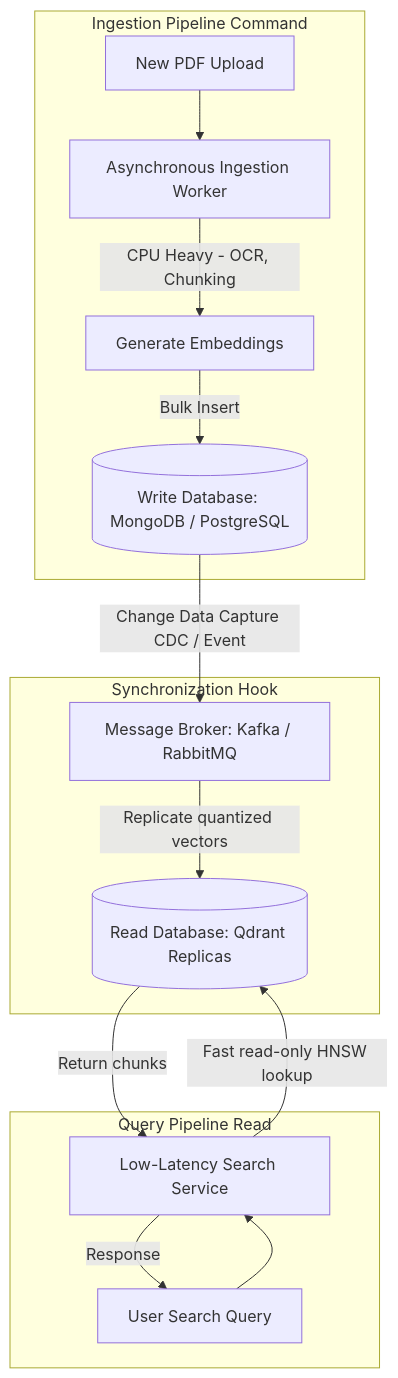
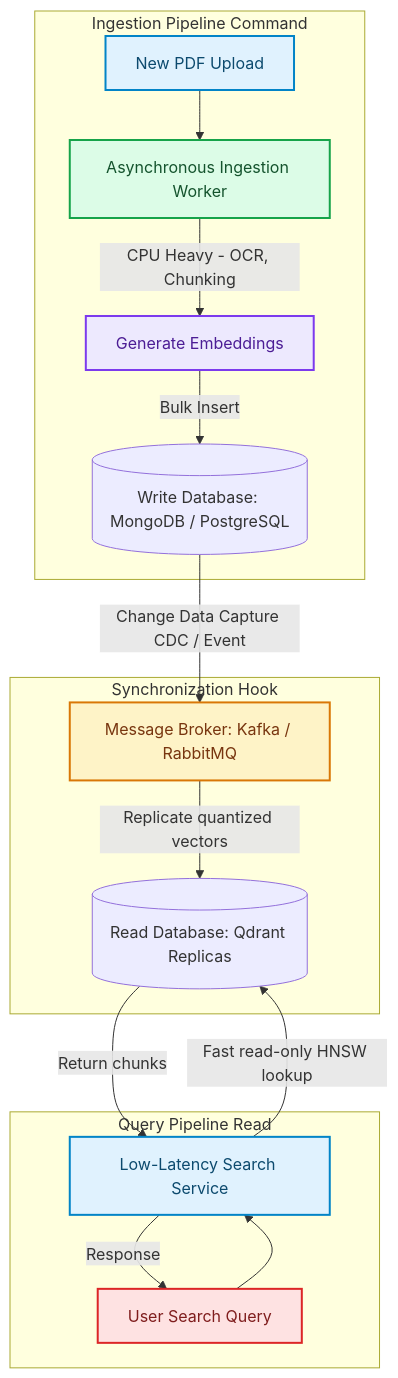
One commit to akmalkhaniub/akmalkhaniub.github.io changed the diagram in blog/posts/system-design-cqrs-rag-pipelines-separation-concerns.md. Above: the diagram before and after it, drawn with Mermaid. The commit also changed other lines of this file and 1291 other files, not shown here.

First line of the commit message:
feat(catalog): unique covers, scholarly references, and diagram palettes

````diff
--- a/blog/posts/system-design-cqrs-rag-pipelines-separation-concerns.md
+++ b/blog/posts/system-design-cqrs-rag-pipelines-separation-concerns.md
@@ -15,18 +15,29 @@
 ```mermaid
 flowchart TD
   subgraph SG1_IngestionPipelineCommand ["Ingestion Pipeline Command"]
-    A[New PDF Upload] --> B[Asynchronous Ingestion Worker]
-    B -->|CPU Heavy - OCR, Chunking| C[Generate Embeddings]
+    A["New PDF Upload"] --> B["Asynchronous Ingestion Worker"]
+    B -->|CPU Heavy - OCR, Chunking| C["Generate Embeddings"]
     C -->|Bulk Insert| D[(Write Database: MongoDB / PostgreSQL)]
   end
   subgraph SG2_SynchronizationHook ["Synchronization Hook"]
-    D -->|Change Data Capture CDC / Event| E[Message Broker: Kafka / RabbitMQ]
+    D -->|Change Data Capture CDC / Event| E["Message Broker: Kafka / RabbitMQ"]
     E -->|Replicate quantized vectors| F[(Read Database: Qdrant Replicas)]
   end
   subgraph SG3_QueryPipelineRead ["Query Pipeline Read"]
-    G[User Search Query] --> H[Low-Latency Search Service]
+    G["User Search Query"] --> H["Low-Latency Search Service"]
     H -->|Fast read-only HNSW lookup| F
     F -->|Return chunks| H
     H -->|Response| G
   end
+
+classDef green fill:#dcfce7,stroke:#16a34a,stroke-width:2px,color:#14532d;
+classDef red fill:#fee2e2,stroke:#dc2626,stroke-width:2px,color:#7f1d1d;
+classDef blue fill:#e0f2fe,stroke:#0284c7,stroke-width:2px,color:#0c4a6e;
+classDef yellow fill:#fef3c7,stroke:#d97706,stroke-width:2px,color:#78350f;
+classDef purple fill:#ede9fe,stroke:#7c3aed,stroke-width:2px,color:#4c1d95;
+class A,H blue
+class B green
+class C purple
+class E yellow
+class G red
 ```
````
